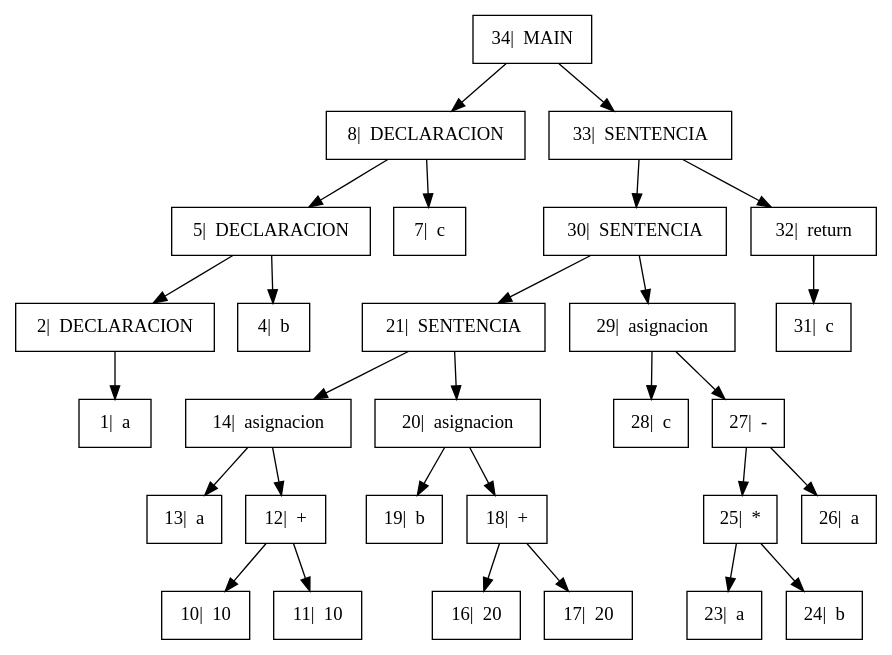
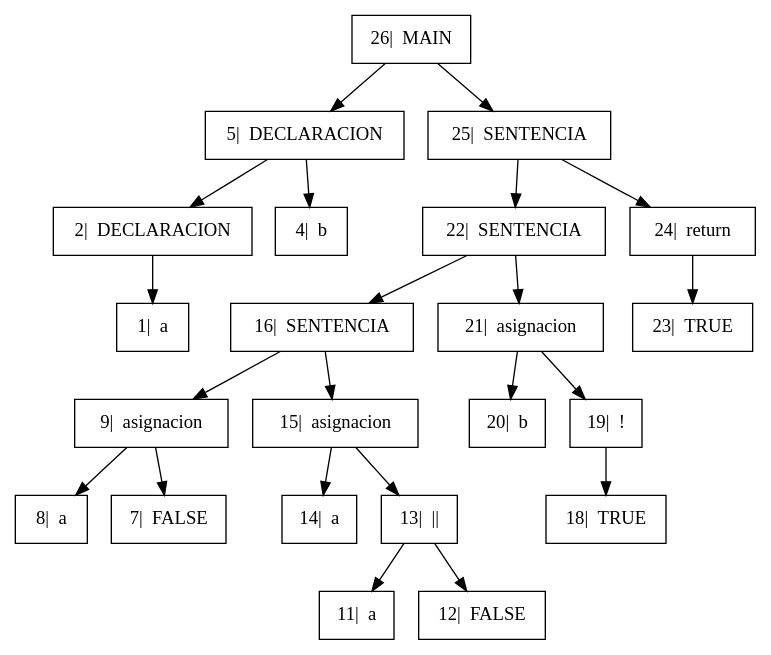
One commit to GiovA07/PRE-PROYECTO-COMPILADORES changed the diagram in Proyecto/Arbol.dot. Above: the diagram before and after it, drawn with Graphviz. The commit also changed 4 other files, not shown here.

```diff
--- a/Proyecto/Arbol.dot
+++ b/Proyecto/Arbol.dot
@@ -1,21 +1,18 @@
 digraph{
 
 rankdir=TB;
 
 node[shape=box];
-"34|  MAIN" -> "8|  DECLARACION", "33|  SENTENCIA";
-"8|  DECLARACION" -> "5|  DECLARACION", "7|  c";
+"26|  MAIN" -> "5|  DECLARACION", "25|  SENTENCIA";
 "5|  DECLARACION" -> "2|  DECLARACION", "4|  b";
 "2|  DECLARACION" -> "1|  a" ;
-"33|  SENTENCIA" -> "30|  SENTENCIA", "32|  return";
-"30|  SENTENCIA" -> "21|  SENTENCIA", "29|  asignacion";
-"21|  SENTENCIA" -> "14|  asignacion", "20|  asignacion";
-"14|  asignacion" -> "13|  a", "12|  +";
-"12|  +" -> "10|  10", "11|  10";
-"20|  asignacion" -> "19|  b", "18|  +";
-"18|  +" -> "16|  20", "17|  20";
-"29|  asignacion" -> "28|  c", "27|  -";
-"27|  -" -> "25|  *", "26|  a";
-"25|  *" -> "23|  a", "24|  b";
-"32|  return" -> "31|  c" ;
+"25|  SENTENCIA" -> "22|  SENTENCIA", "24|  return";
+"22|  SENTENCIA" -> "16|  SENTENCIA", "21|  asignacion";
+"16|  SENTENCIA" -> "9|  asignacion", "15|  asignacion";
+"9|  asignacion" -> "8|  a", "7|  FALSE";
+"15|  asignacion" -> "14|  a", "13|  ||";
+"13|  ||" -> "11|  a", "12|  FALSE";
+"21|  asignacion" -> "20|  b", "19|  !";
+"19|  !" -> "18|  TRUE" ;
+"24|  return" -> "23|  TRUE" ;
 }
```
